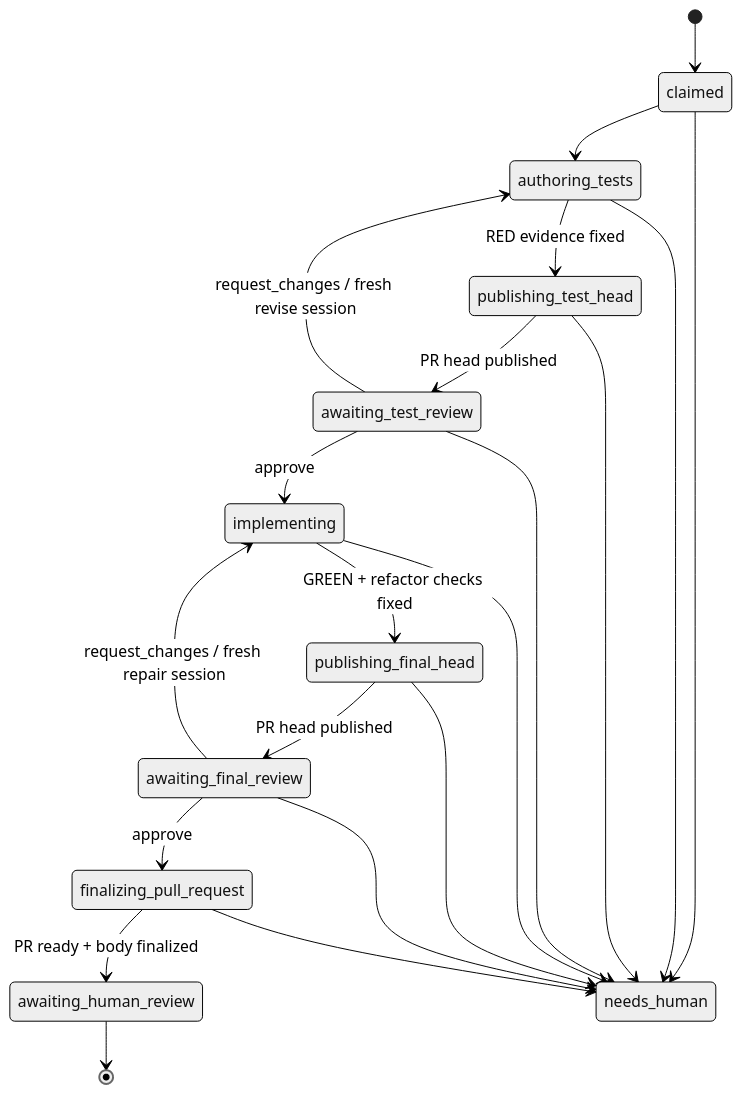
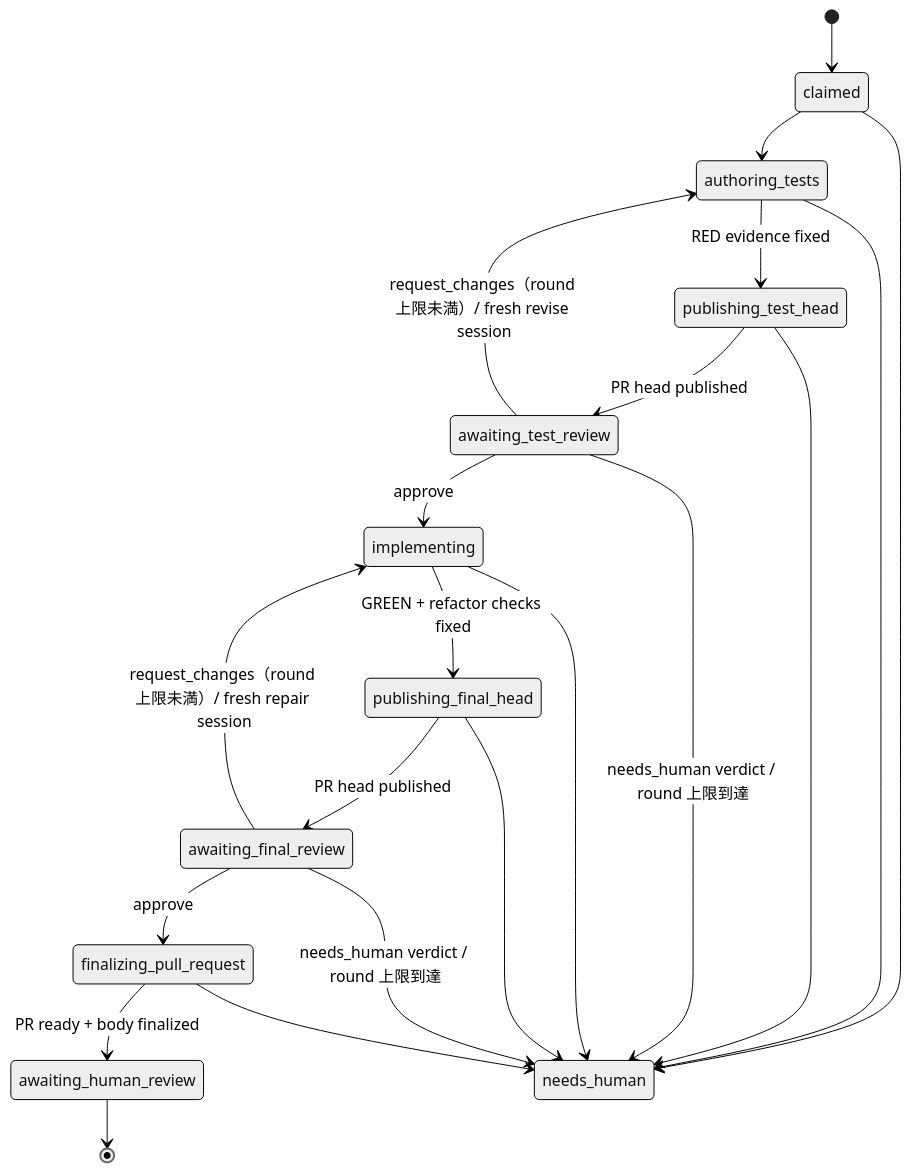
Before and after one commit to mrbaron3/kudo: the second of 2 diagrams in docs/workflow.md, drawn with Mermaid (neutral theme). The commit also changed other lines of this file and 20 other files, not shown here.

````diff
--- a/docs/workflow.md
+++ b/docs/workflow.md
@@ -157,23 +159,23 @@
 ```mermaid
 stateDiagram-v2
     [*] --> claimed
     claimed --> authoring_tests
     authoring_tests --> publishing_test_head: RED evidence fixed
     publishing_test_head --> awaiting_test_review: PR head published
-    awaiting_test_review --> authoring_tests: request_changes / fresh revise session
+    awaiting_test_review --> authoring_tests: request_changes（round 上限未満）/ fresh revise session
     awaiting_test_review --> implementing: approve
     implementing --> publishing_final_head: GREEN + refactor checks fixed
     publishing_final_head --> awaiting_final_review: PR head published
-    awaiting_final_review --> implementing: request_changes / fresh repair session
+    awaiting_final_review --> implementing: request_changes（round 上限未満）/ fresh repair session
     awaiting_final_review --> finalizing_pull_request: approve
     finalizing_pull_request --> awaiting_human_review: PR ready + body finalized
     awaiting_human_review --> [*]
     claimed --> needs_human
     authoring_tests --> needs_human
     publishing_test_head --> needs_human
-    awaiting_test_review --> needs_human
+    awaiting_test_review --> needs_human: needs_human verdict / round 上限到達
     implementing --> needs_human
     publishing_final_head --> needs_human
-    awaiting_final_review --> needs_human
+    awaiting_final_review --> needs_human: needs_human verdict / round 上限到達
     finalizing_pull_request --> needs_human
 ```
````
